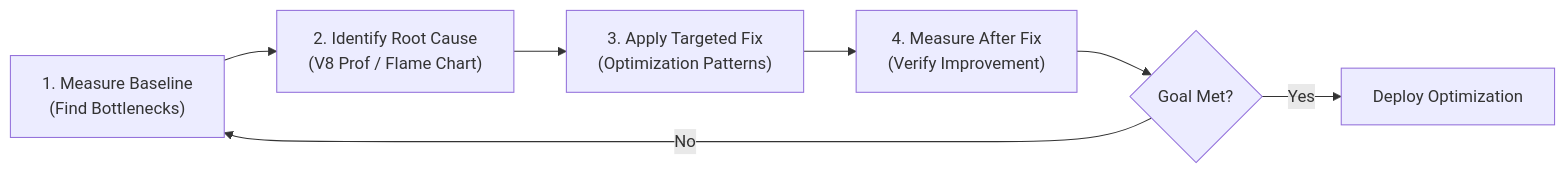
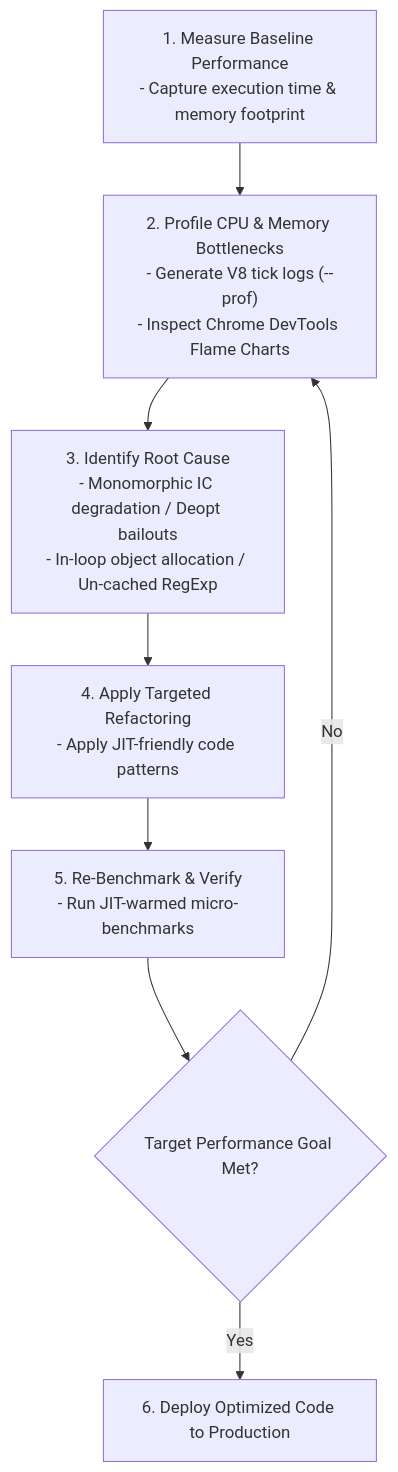
One commit to Amie-dev/engineering-playbook changed the first of 3 diagrams in js-internals/18-performance-profiling.md. Above: the diagram before and after it, drawn with Mermaid. The commit also changed other lines of this file and 17 other files, not shown here.

First line of the commit message:
Refactor modules on Shared Memory, WebAssembly Interop, and Performance Profiling

````diff
--- a/js-internals/18-performance-profiling.md
+++ b/js-internals/18-performance-profiling.md
@@ -10,9 +15,14 @@
 ```mermaid
-flowchart LR
-    Measure1["1. Measure Baseline<br/>(Find Bottlenecks)"] --> Identify["2. Identify Root Cause<br/>(V8 Prof / Flame Chart)"]
-    Identify --> Refactor["3. Apply Targeted Fix<br/>(Optimization Patterns)"]
-    Refactor --> Measure2["4. Measure After Fix<br/>(Verify Improvement)"]
-    Measure2 --> Validate{"Goal Met?"}
-    Validate -- No --> Measure1
-    Validate -- Yes --> Done["Deploy Optimization"]
+flowchart TD
+    MeasureBase["1. Measure Baseline Performance<br/>- Capture execution time & memory footprint"] --> ProfileRoot["2. Profile CPU & Memory Bottlenecks<br/>- Generate V8 tick logs (--prof)<br/>- Inspect Chrome DevTools Flame Charts"]
+    
+    ProfileRoot --> IdentifyCause["3. Identify Root Cause<br/>- Monomorphic IC degradation / Deopt bailouts<br/>- In-loop object allocation / Un-cached RegExp"]
+    
+    IdentifyCause --> ApplyFix["4. Apply Targeted Refactoring<br/>- Apply JIT-friendly code patterns"]
+    
+    ApplyFix --> ReMeasure["5. Re-Benchmark & Verify<br/>- Run JIT-warmed micro-benchmarks"]
+    
+    ReMeasure --> CheckGoal{"Target Performance Goal Met?"}
+    CheckGoal -- No --> ProfileRoot
+    CheckGoal -- Yes --> Deploy["6. Deploy Optimized Code to Production"]
 ```
````
